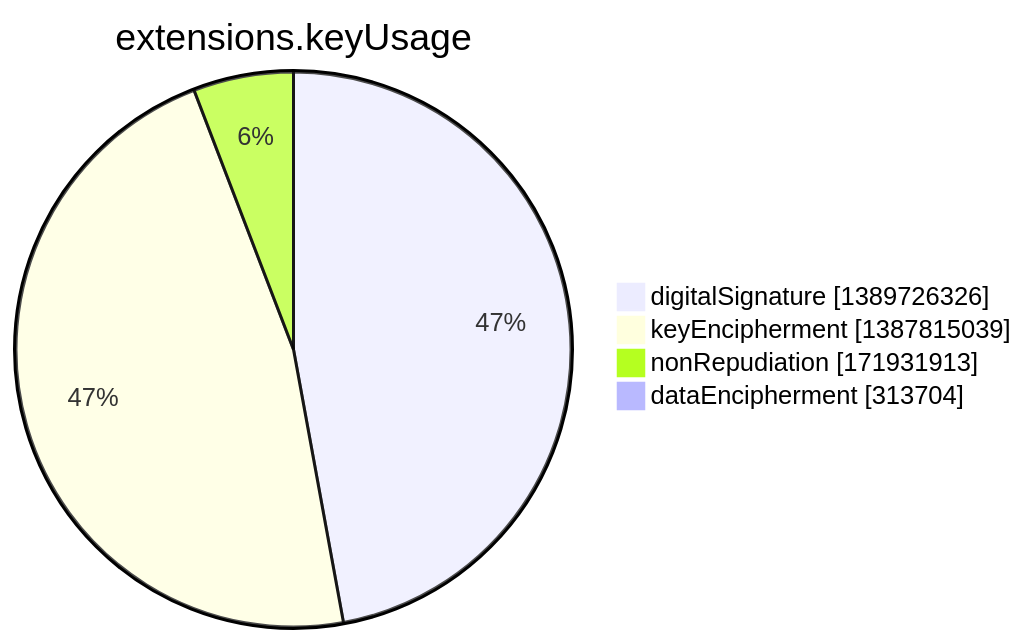
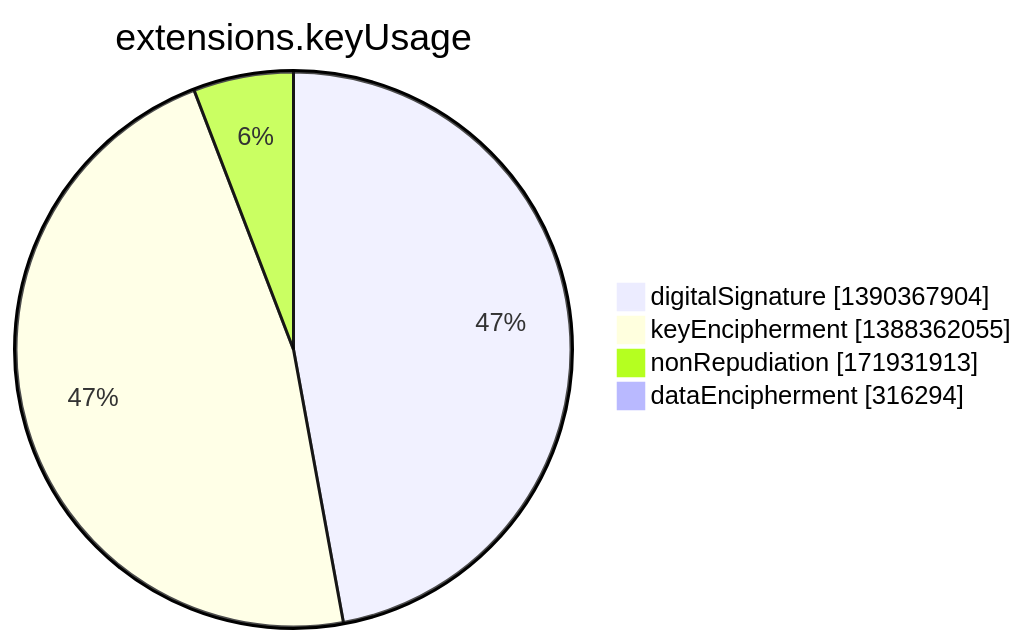
Before and after one commit to christiankrug/ctmonitor_visualization: the seventh of 15 diagrams in argon2022/README.md, drawn with Mermaid. The commit also changed other lines of this file, not shown here.

````diff
--- a/argon2022/README.md
+++ b/argon2022/README.md
@@ -2751,8 +2751,8 @@
 ```mermaid
 pie showData
 title extensions.keyUsage
-"digitalSignature" :1389726326
-"keyEncipherment" :1387815039
+"digitalSignature" :1390367904
+"keyEncipherment" :1388362055
 "nonRepudiation" :171931913
-"dataEncipherment" :313704
+"dataEncipherment" :316294
 ```
````
